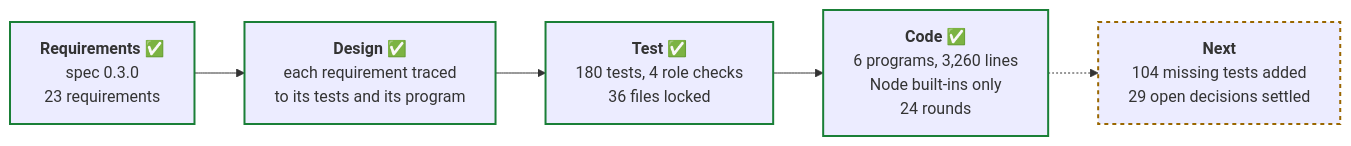
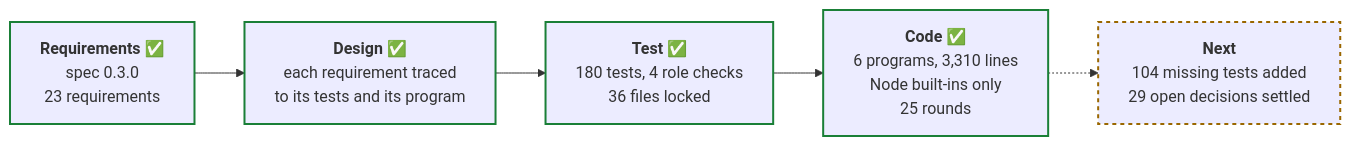
Before and after one commit to PaulDuvall/adlc-security-reviewer: the third of 4 diagrams in README.md, drawn with Mermaid. The commit also changed other lines of this file and 3 other files, not shown here.

````diff
--- a/README.md
+++ b/README.md
@@ -277,13 +277,13 @@
 ```mermaid
 flowchart LR
   req["<b>Requirements</b> ✅<br/>spec 0.3.0<br/>23 requirements"]
   des["<b>Design</b> ✅<br/>each requirement traced<br/>to its tests and its program"]
   tst["<b>Test</b> ✅<br/>180 tests, 4 role checks<br/>36 files locked"]
-  cod["<b>Code</b> ✅<br/>6 programs, 3,260 lines<br/>Node built-ins only<br/>24 rounds"]
+  cod["<b>Code</b> ✅<br/>6 programs, 3,310 lines<br/>Node built-ins only<br/>25 rounds"]
   nxt["<b>Next</b><br/>104 missing tests added<br/>29 open decisions settled"]
   req --> des --> tst --> cod -.-> nxt
   classDef done stroke:#1a7f37,stroke-width:2px
   classDef next stroke:#9a6700,stroke-width:2px,stroke-dasharray:4
   class req,des,tst,cod done
   class nxt next
 ```
````
